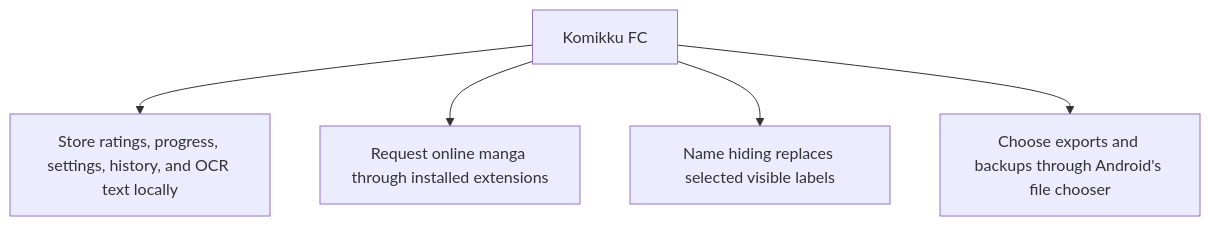
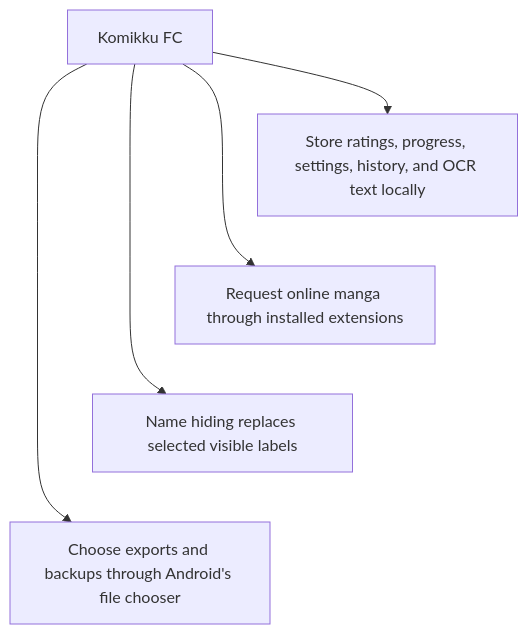
One commit to FancyCorey/komikku-fc changed the sixth of 6 diagrams in docs/kmk/how-kmk-works.md. Above: the diagram before and after it, drawn with Mermaid. The commit also changed other lines of this file and 29 other files, not shown here.

````diff
--- a/docs/kmk/how-kmk-works.md
+++ b/docs/kmk/how-kmk-works.md
@@ -112,7 +105,11 @@
 ```mermaid
 flowchart TD
     App["Komikku FC"] --> Local["Store ratings, progress, settings, history, and OCR text locally"]
     App --> Sources["Request online manga through installed extensions"]
     App --> Sharing["Name hiding replaces selected visible labels"]
     App --> Files["Choose exports and backups through Android's file chooser"]
+    %% Stack independent choices vertically for narrow screens.
+    Local ~~~ Sources
+    Sources ~~~ Sharing
+    Sharing ~~~ Files
 ```
````
